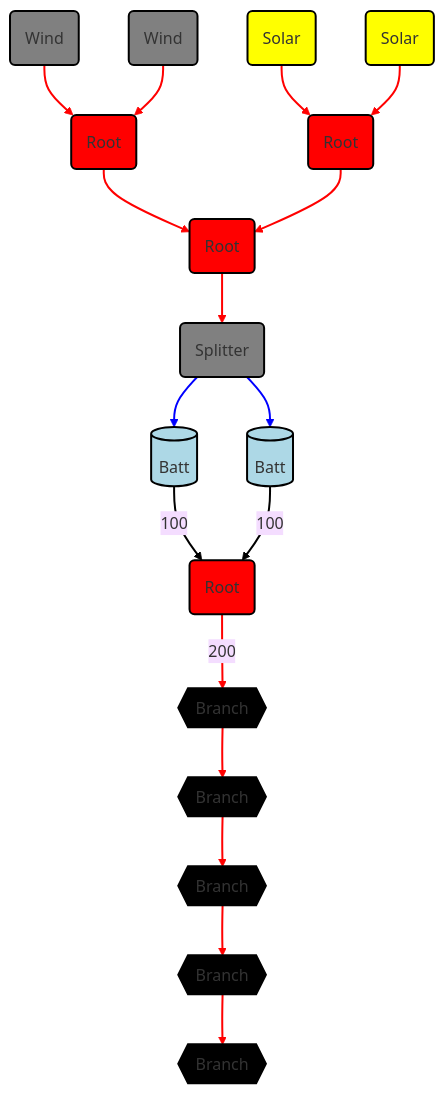
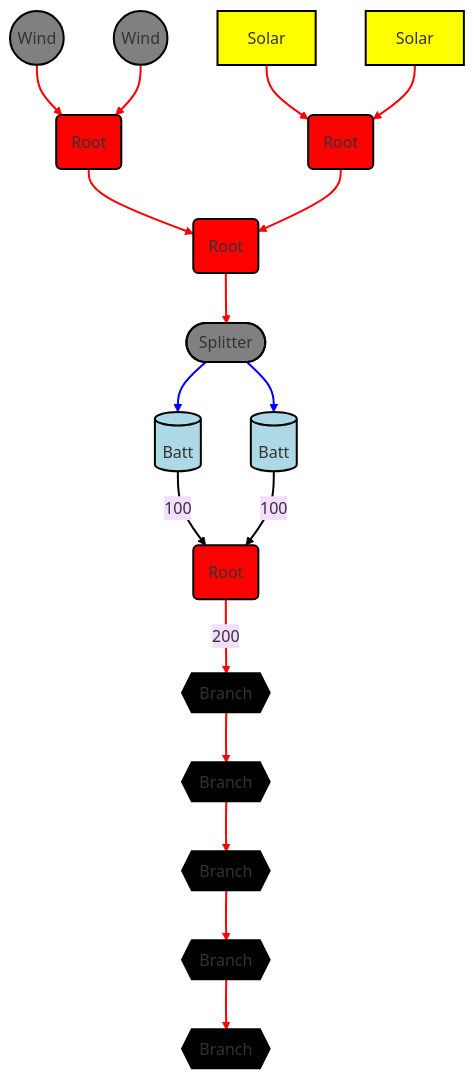
One commit to ZareMate/rust-logistics changed the diagram in example.md. Above: the diagram before and after it, drawn with Mermaid.

````diff
--- a/example.md
+++ b/example.md
@@ -1,42 +1,42 @@
 ```mermaid
   %%{init: {'theme':'base'}}%%
   graph TD;
     %% Class Definitions
     classDef root fill:#ff0000,stroke:#000,stroke-width:2,color:#fff; %% Red background, white text
     classDef branch fill:#000000,stroke:#000,stroke-width:2,color:#fff; %% Black background, white text
     classDef wind fill:gray,stroke:#000,stroke-width:2,color:#fff; %% Grey background, white text circle
     classDef solar fill:yellow,stroke:#000,stroke-width:2,color:#000; %% Yellow background, black text
     classDef batt fill:#add8e6,stroke:#000,stroke-width:2,color:#000; %% Light blue background, black text
     classDef splitter fill:gray,stroke:#000,stroke-width:2,color:#000; %% Light grey background, black text
 
     %% Graph Nodes
-    Wind1(Wind) -->| | Root1(Root);
-    Wind2(Wind) -->| | Root1(Root);
-    Solar1(Solar) -->| | Root2(Root);
-    Solar2(Solar) -->| | Root2(Root);
+    Wind1((Wind)) -->| | Root1([Root]);
+    Wind2((Wind)) -->| | Root1([Root]);
+    Solar1[Solar] -->| | Root2([Root]);
+    Solar2[Solar] -->| | Root2([Root]);
     Root1(Root) -->| | Root3(Root);
     Root2(Root) -->| | Root3(Root);
-    Root3(Root) -->| | Splitter1(Splitter);
-    Splitter1(Splitter) -->| | Batt1(Batt);
-    Splitter1(Splitter) -->| | Batt2(Batt);
+    Root3(Root) -->| | Splitter1([Splitter]);
+    Splitter1([Splitter]) -->| | Batt1(Batt);
+    Splitter1([Splitter]) -->| | Batt2(Batt);
     Batt1[(Batt)] -->|100| Root4(Root);
     Batt2[(Batt)] -->|100| Root4(Root);
     Root4(Root) -->|200| Branch1{{Branch}};
     Branch1{{Branch}} --> Branch2{{Branch}};
     Branch2{{Branch}} --> Branch3{{Branch}};
     Branch3{{Branch}} --> Branch4{{Branch}};
     Branch4{{Branch}} --> Branch5{{Branch}};
 
     %% Link Styles
     linkStyle 0,1,2,3,4,5,6,11,12,13,14,15 stroke:red,stroke-width:2;
     linkStyle 7,8 stroke:blue,stroke-width:2;
     linkStyle 9,10 stroke:black,stroke-width:2;
 
     %% Class Assignments
     class Root1,Root2,Root3,Root4 root;
     class Branch1,Branch2,Branch3,Branch4,Branch5 branch;
     class Wind1,Wind2 wind;
     class Solar1,Solar2 solar;
     class Batt1,Batt2 batt;
     class Splitter1 splitter;
 ```
````
